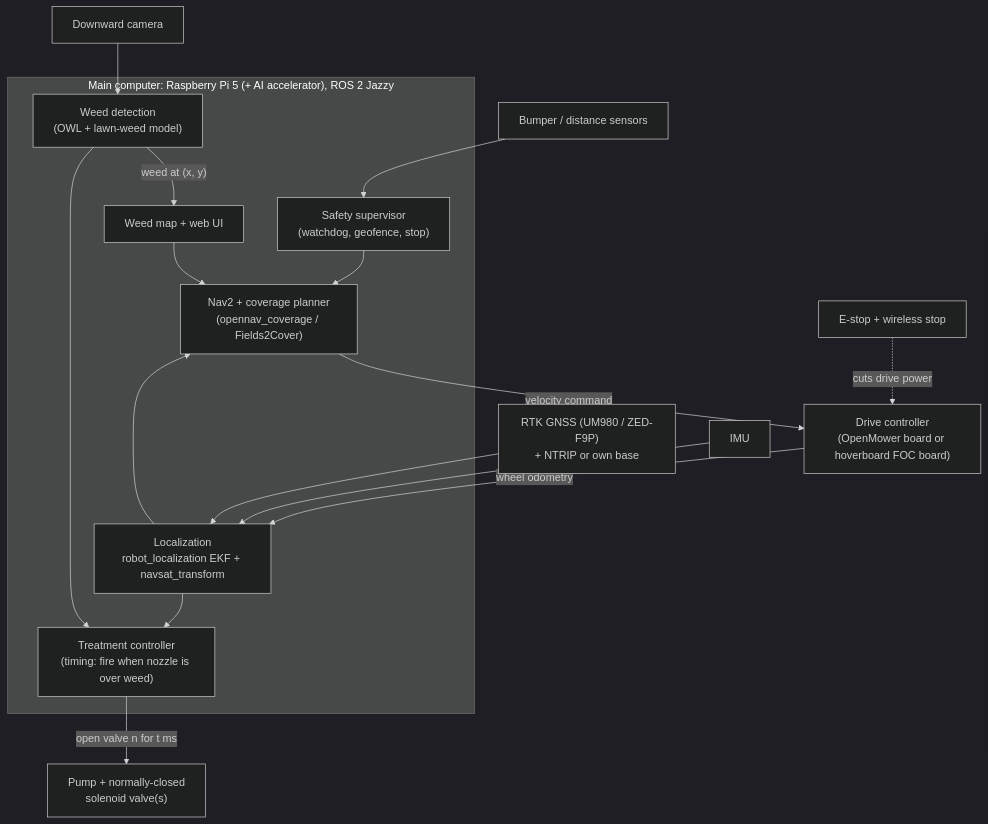
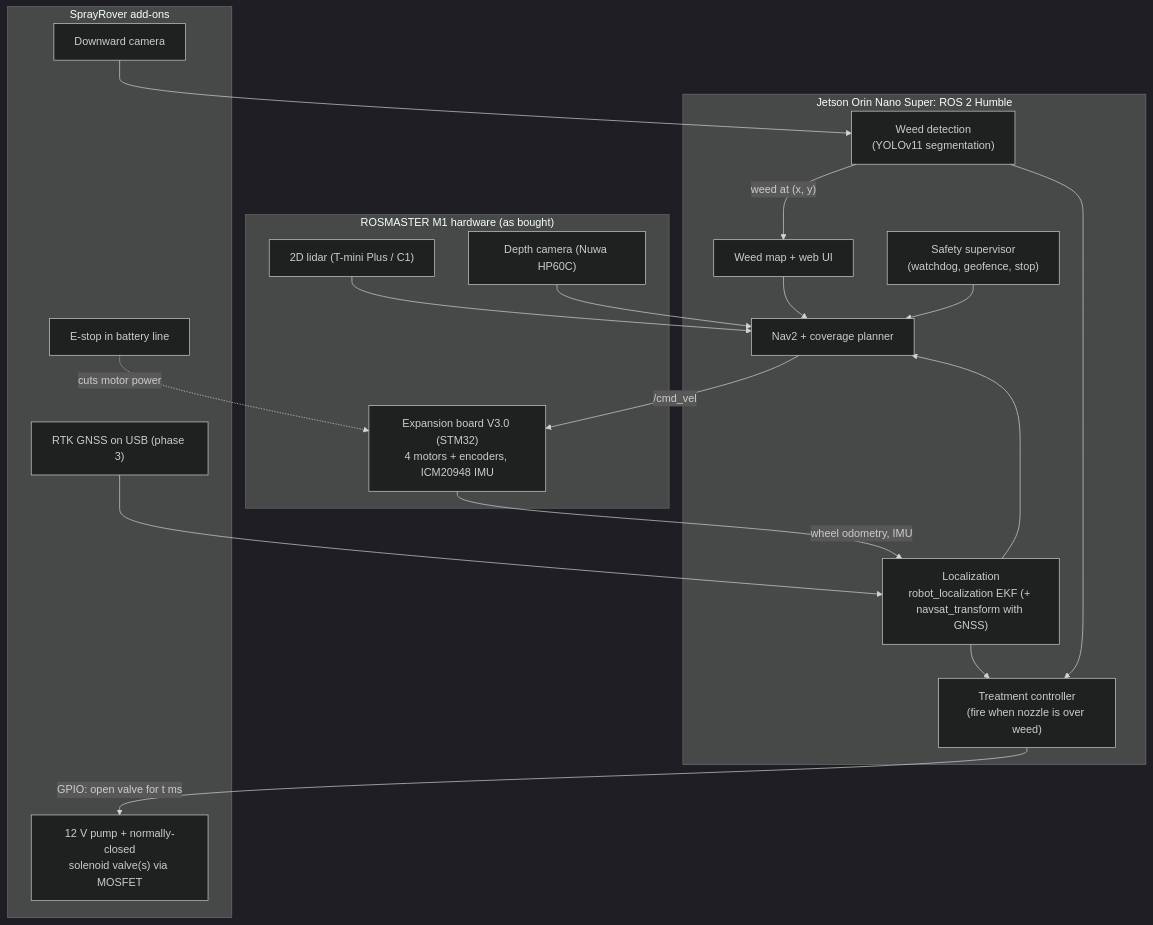
The diagram in docs/concept-and-architecture.md (Sebastian-Jensen1/SprayRover), drawn with Mermaid (dark theme) before and after one commit. The commit also changed other lines of this file and 7 other files, not shown here.

First line of the commit message:
Base v2 plan on the Yahboom ROSMASTER M1

````diff
--- a/docs/concept-and-architecture.md
+++ b/docs/concept-and-architecture.md
@@ -33,26 +44,39 @@
 ```mermaid
 flowchart TB
-    subgraph PI["Main computer: Raspberry Pi 5 (+ AI accelerator), ROS 2 Jazzy"]
-        DET["Weed detection<br/>(OWL + lawn-weed model)"]
-        TREAT["Treatment controller<br/>(timing: fire when nozzle is over weed)"]
-        LOC["Localization<br/>robot_localization EKF + navsat_transform"]
-        NAV["Nav2 + coverage planner<br/>(opennav_coverage / Fields2Cover)"]
+    subgraph ORIN["Jetson Orin Nano Super: ROS 2 Humble"]
+        DET["Weed detection<br/>(YOLOv11 segmentation)"]
+        TREAT["Treatment controller<br/>(fire when nozzle is over weed)"]
+        LOC["Localization<br/>robot_localization EKF (+ navsat_transform with GNSS)"]
+        NAV["Nav2 + coverage planner"]
         MAP["Weed map + web UI"]
         SAFE["Safety supervisor<br/>(watchdog, geofence, stop)"]
     end
 
-    CAM["Downward camera"] --> DET
-    GNSS["RTK GNSS (UM980 / ZED-F9P)<br/>+ NTRIP or own base"] --> LOC
-    IMU["IMU"] --> LOC
-    DRIVE["Drive controller<br/>(OpenMower board or hoverboard FOC board)"] -- "wheel odometry" --> LOC
+    subgraph M1["ROSMASTER M1 hardware (as bought)"]
+        STM["Expansion board V3.0 (STM32)<br/>4 motors + encoders, ICM20948 IMU"]
+        LIDAR["2D lidar (T-mini Plus / C1)"]
+        DEPTH["Depth camera (Nuwa HP60C)"]
+    end
+
+    subgraph ADD["SprayRover add-ons"]
+        DOWN["Downward camera"]
+        VALVE["12 V pump + normally-closed<br/>solenoid valve(s) via MOSFET"]
+        GNSS["RTK GNSS on USB (phase 3)"]
+        ESTOP["E-stop in battery line"]
+    end
+
+    DOWN --> DET
+    STM -- "wheel odometry, IMU" --> LOC
+    LIDAR --> NAV
+    DEPTH --> NAV
+    GNSS --> LOC
     LOC --> NAV
-    NAV -- "velocity command" --> DRIVE
+    NAV -- "/cmd_vel" --> STM
     DET -- "weed at (x, y)" --> MAP
     DET --> TREAT
     LOC --> TREAT
-    TREAT -- "open valve n for t ms" --> VALVE["Pump + normally-closed<br/>solenoid valve(s)"]
+    TREAT -- "GPIO: open valve for t ms" --> VALVE
     MAP --> NAV
-    BUMP["Bumper / distance sensors"] --> SAFE
-    ESTOP["E-stop + wireless stop"] -. cuts drive power .-> DRIVE
     SAFE --> NAV
+    ESTOP -. cuts motor power .-> STM
 ```
````
